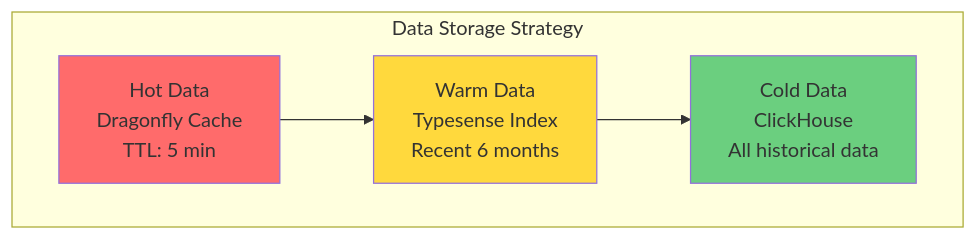
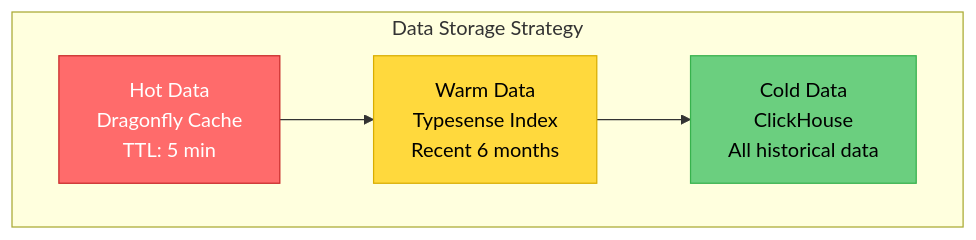
One commit to itisrohit/QuietHire changed diagram 16 of 24 in docs/architecture.md. Above: the diagram before and after it, drawn with Mermaid. The commit also changed other lines of this file, not shown here.

First line of the commit message:
docs: Improve Mermaid diagram text contrast

````diff
--- a/docs/architecture.md
+++ b/docs/architecture.md
@@ -544,15 +582,15 @@
 ```mermaid
 graph TB
     subgraph "Data Storage Strategy"
         A[Hot Data<br/>Dragonfly Cache<br/>TTL: 5 min]
         B[Warm Data<br/>Typesense Index<br/>Recent 6 months]
         C[Cold Data<br/>ClickHouse<br/>All historical data]
     end
     
     A --> B
     B --> C
     
-    style A fill:#ff6b6b
-    style B fill:#ffd93d
-    style C fill:#6bcf7f
+    style A fill:#ff6b6b,stroke:#c92a2a,color:#fff
+    style B fill:#ffd93d,stroke:#d9ad00,color:#000
+    style C fill:#6bcf7f,stroke:#37b24d,color:#000
 ```
````
